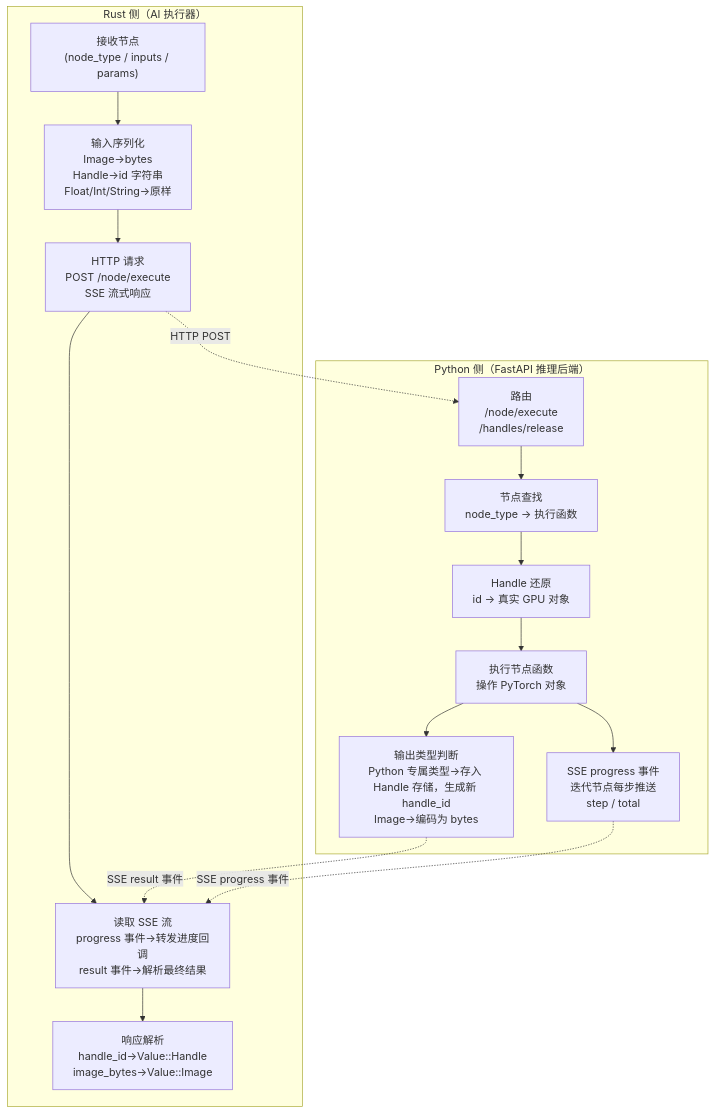
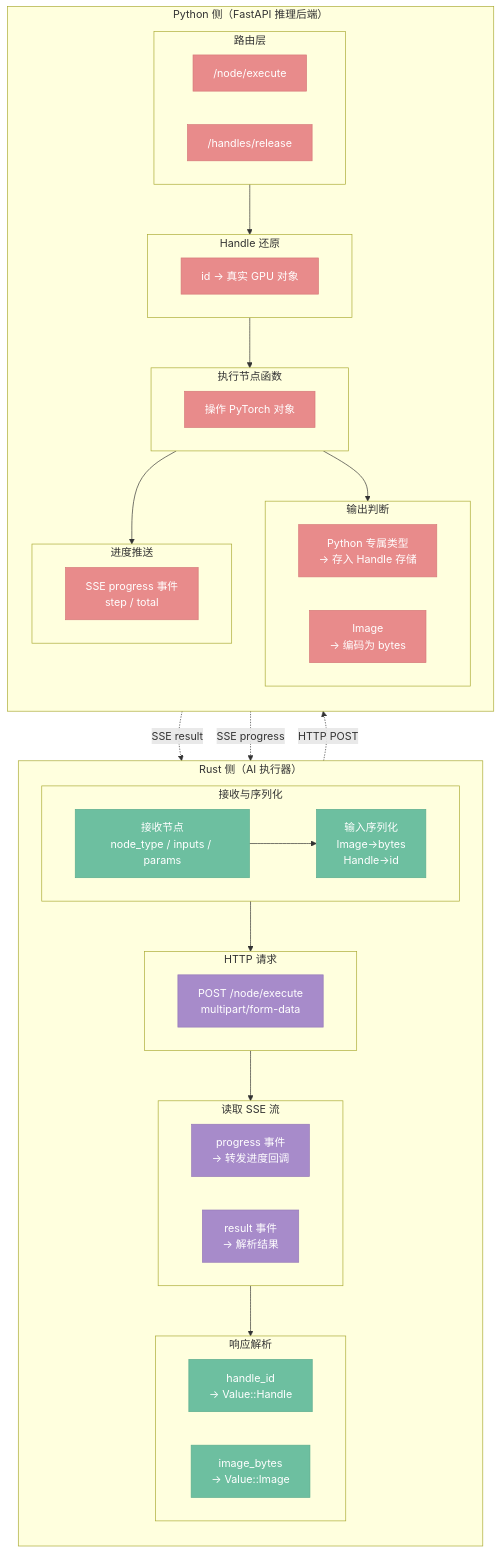
Before and after one commit to aporicho/nodeimg: the second of 3 diagrams in docs/target/03-executors.md, drawn with Mermaid. The commit also changed other lines of this file and 56 other files, not shown here.

````diff
--- a/docs/target/03-executors.md
+++ b/docs/target/03-executors.md
@@ -58,28 +58,61 @@
 ```mermaid
 flowchart TD
     subgraph Rust侧["Rust 侧（AI 执行器）"]
-        R1["接收节点\n(node_type / inputs / params)"]:::service
-        R2["输入序列化\nImage→bytes\nHandle→id 字符串\nFloat/Int/String→原样"]:::service
-        R3["HTTP 请求\nPOST /node/execute\nSSE 流式响应"]:::transport
-        R4["读取 SSE 流\nprogress 事件→转发进度回调\nresult 事件→解析最终结果"]:::transport
-        R5["响应解析\nhandle_id→Value::Handle\nimage_bytes→Value::Image"]:::service
+        direction TB
+        subgraph R_INPUT["接收与序列化"]
+            R1["接收节点\nnode_type / inputs / params"]:::service
+            R2["输入序列化\nImage→bytes\nHandle→id"]:::service
+            R1 --> R2
+        end
+        subgraph R_HTTP["HTTP 请求"]
+            R3["POST /node/execute\nmultipart/form-data"]:::transport
+        end
+        subgraph R_SSE["读取 SSE 流"]
+            R4["progress 事件\n→ 转发进度回调"]:::transport
+            R5["result 事件\n→ 解析结果"]:::transport
+        end
+        subgraph R_PARSE["响应解析"]
+            R6["handle_id\n→ Value::Handle"]:::service
+            R7["image_bytes\n→ Value::Image"]:::service
+        end
 
-        R1 --> R2 --> R3 --> R4 --> R5
+        R_INPUT --> R_HTTP --> R_SSE --> R_PARSE
     end
 
     subgraph Python侧["Python 侧（FastAPI 推理后端）"]
-        P1["路由\n/node/execute\n/handles/release"]:::ai
-        P2["节点查找\nnode_type → 执行函数"]:::ai
-        P3["Handle 还原\nid → 真实 GPU 对象"]:::ai
-        P4["执行节点函数\n操作 PyTorch 对象"]:::ai
-        P5["输出类型判断\nPython 专属类型→存入 Handle 存储，生成新 handle_id\nImage→编码为 bytes"]:::ai
-        P6["SSE progress 事件\n迭代节点每步推送\nstep / total"]:::ai
+        direction TB
+        subgraph P_ROUTE["路由层"]
+            P1["/node/execute"]:::ai
+            P2["/handles/release"]:::ai
+        end
+        subgraph P_RESOLVE["Handle 还原"]
+            P3["id → 真实 GPU 对象"]:::ai
+        end
+        subgraph P_EXEC["执行节点函数"]
+            P4["操作 PyTorch 对象"]:::ai
+        end
+        subgraph P_OUTPUT["输出判断"]
+            P5["Python 专属类型\n→ 存入 Handle 存储"]:::ai
+            P6["Image\n→ 编码为 bytes"]:::ai
+        end
+        subgraph P_PROGRESS["进度推送"]
+            P7["SSE progress 事件\nstep / total"]:::ai
+        end
 
-        P1 --> P2 --> P3 --> P4 --> P5
-        P4 --> P6
+        P_ROUTE --> P_RESOLVE --> P_EXEC --> P_OUTPUT
+        P_EXEC --> P_PROGRESS
     end
 
-    R3 -. "HTTP POST" .-> P1
-    P5 -. "SSE result 事件" .-> R4
-    P6 -. "SSE progress 事件" .-> R4
+    R_HTTP -. "HTTP POST" .-> P_ROUTE
+    P_OUTPUT -. "SSE result" .-> R_SSE
+    P_PROGRESS -. "SSE progress" .-> R_SSE
+
+    classDef frontend    fill:#6C9BCF,stroke:#5A89BD,color:#fff
+    classDef transport   fill:#A78BCA,stroke:#9579B8,color:#fff
+    classDef service     fill:#6DBFA0,stroke:#5BAD8E,color:#fff
+    classDef ai          fill:#E88B8B,stroke:#D67979,color:#fff
+    classDef api         fill:#E8A87C,stroke:#D6966A,color:#fff
+    classDef foundation  fill:#E8CC6E,stroke:#D6BA5C,color:#333
+    classDef compute     fill:#6DB8AD,stroke:#5BA69B,color:#fff
+    classDef future      fill:#B0B8C1,stroke:#9EA6AF,color:#fff,stroke-dasharray:5 5
 ```
````
